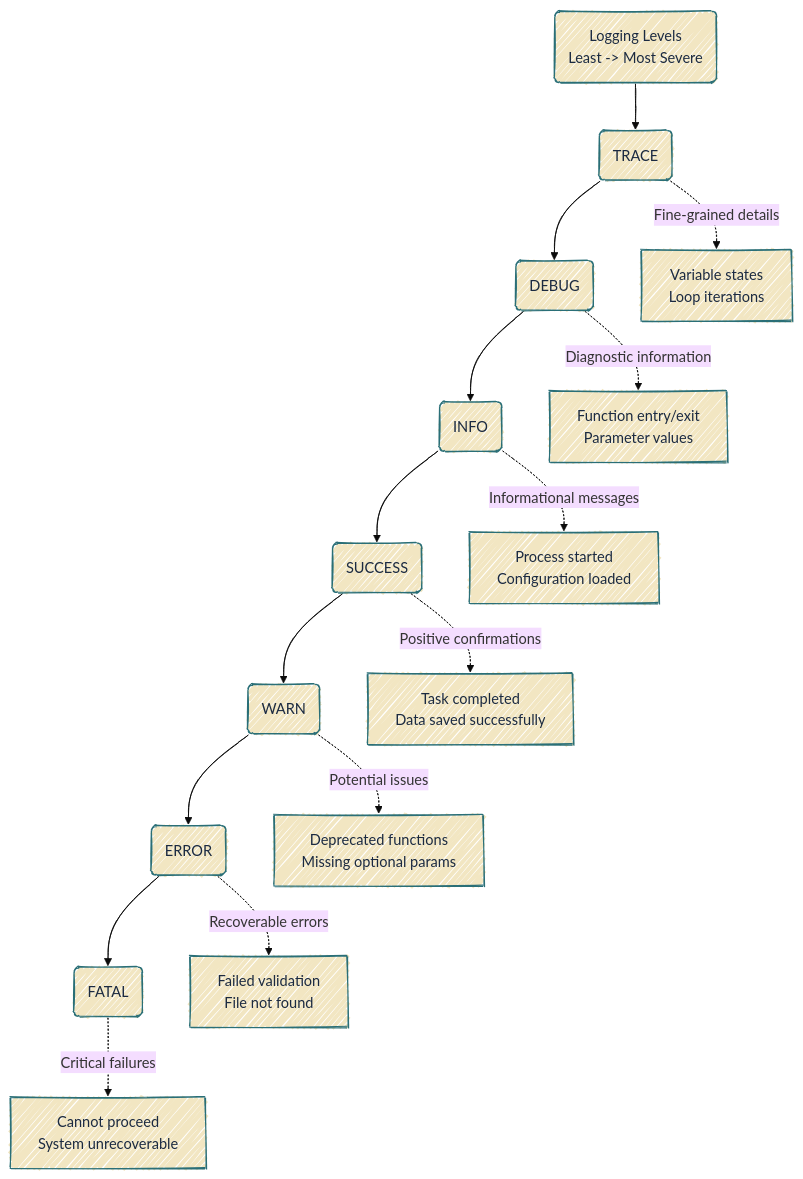
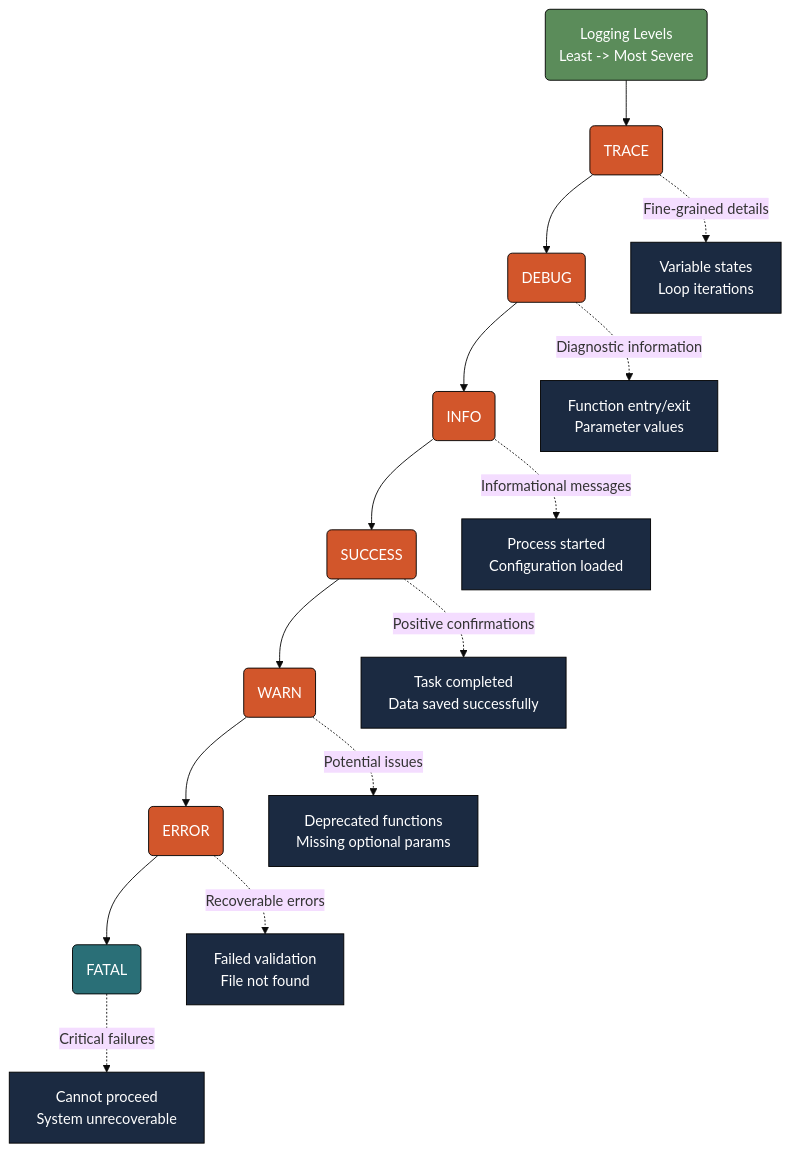
Before and after one commit to mjfrigaard/do4ds-labs: the second of 4 diagrams in lab04.qmd, drawn with Mermaid. The commit also changed other lines of this file and 48 other files, not shown here.

````diff
--- a/lab04.qmd
+++ b/lab04.qmd
@@ -167,26 +171,40 @@
 ```{mermaid}
 %%| fig-cap: 'R logger'
-%%| fig-align: center
+%%| fig-align: 'center'
 %%| fig-width: 6.5
-%%{init: {'theme': 'base', 'look': 'handDrawn', 'themeVariables': {'fontFamily': 'monospace'}}}%%
+%%{init: {'theme': 'base', 'themeVariables': {'fontFamily': 'monospace'}}}%%
 
 graph TD
     LogLevels("Logging Levels<br>Least -> Most Severe") --> TRACE("TRACE")
     TRACE --> DEBUG("DEBUG")
     DEBUG --> INFO("INFO")
     INFO --> SUCCESS("SUCCESS")
     SUCCESS --> WARN("WARN")
     WARN --> ERROR("ERROR")
     ERROR --> FATAL("FATAL")
     
     TRACE -.Fine-grained details.-> TraceEx[Variable states<br>Loop iterations]
     DEBUG -.Diagnostic information.-> DebugEx[Function entry/exit<br>Parameter values]
     INFO -.Informational messages.-> InfoEx[Process started<br>Configuration loaded]
     SUCCESS -.Positive confirmations.-> SuccessEx[Task completed<br>Data saved successfully]
     WARN -.Potential issues.-> WarnEx[Deprecated functions<br>Missing optional params]
     ERROR -.Recoverable errors.-> ErrorEx[Failed validation<br>File not found]
     FATAL -.Critical failures.-> FatalEx[Cannot proceed<br>System unrecoverable]
-    classDef default fill:#F2E6C2,stroke:#2A6F77,color:#1B2A41
-    
+    style LogLevels fill:#5B8C5A,stroke:#000000,stroke-width:1px,color:#ffffff
+    style TRACE fill:#D2562B,stroke:#000000,stroke-width:1px,color:#ffffff
+    style DEBUG fill:#D2562B,stroke:#000000,stroke-width:1px,color:#ffffff
+    style INFO fill:#D2562B,stroke:#000000,stroke-width:1px,color:#ffffff
+    style SUCCESS fill:#D2562B,stroke:#000000,stroke-width:1px,color:#ffffff
+    style WARN fill:#D2562B,stroke:#000000,stroke-width:1px,color:#ffffff
+    style ERROR fill:#D2562B,stroke:#000000,stroke-width:1px,color:#ffffff
+    style FATAL fill:#2A6F77,stroke:#000000,stroke-width:1px,color:#ffffff
+    style TraceEx fill:#1B2A41,stroke:#000000,stroke-width:1px,color:#ffffff
+    style DebugEx fill:#1B2A41,stroke:#000000,stroke-width:1px,color:#ffffff
+    style InfoEx fill:#1B2A41,stroke:#000000,stroke-width:1px,color:#ffffff
+    style SuccessEx fill:#1B2A41,stroke:#000000,stroke-width:1px,color:#ffffff
+    style WarnEx fill:#1B2A41,stroke:#000000,stroke-width:1px,color:#ffffff
+    style ErrorEx fill:#1B2A41,stroke:#000000,stroke-width:1px,color:#ffffff
+    style FatalEx fill:#1B2A41,stroke:#000000,stroke-width:1px,color:#ffffff
+
 
 ```
````
